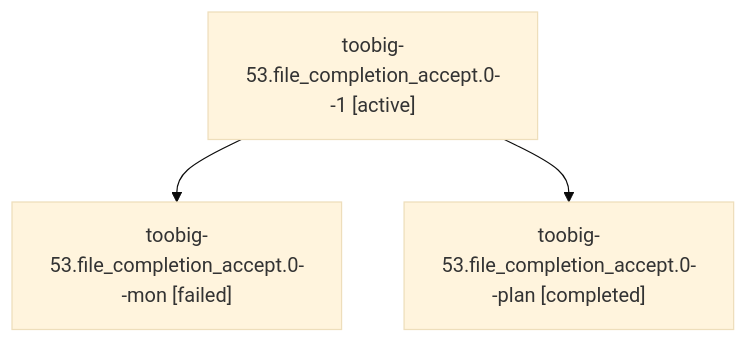
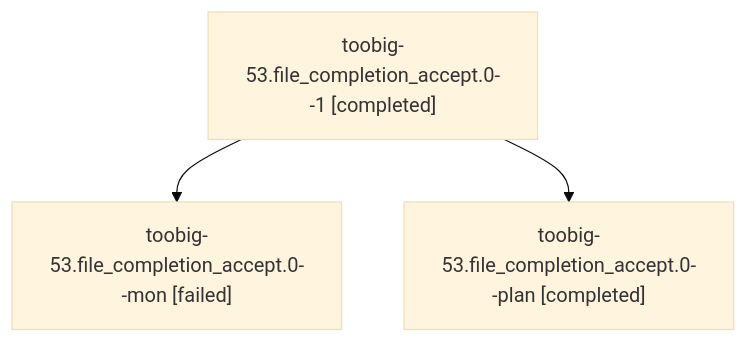
Before and after one commit to sase-org/sase--agents: the diagram in families/bbugyi200.athena.toobig-53.file_completion_accept.0.md, drawn with Mermaid (base theme). The commit also changed other lines of this file and 20 other files, not shown here.

````diff
--- a/families/bbugyi200.athena.toobig-53.file_completion_accept.0.md
+++ b/families/bbugyi200.athena.toobig-53.file_completion_accept.0.md
@@ -9,8 +9,8 @@
 ```mermaid
 flowchart TD
-  n0["toobig-53.file_completion_accept.0--1 [active]"]
+  n0["toobig-53.file_completion_accept.0--1 [completed]"]
   n1["toobig-53.file_completion_accept.0--mon [failed]"]
   n0 --> n1
   n2["toobig-53.file_completion_accept.0--plan [completed]"]
   n0 --> n2
 ```
````
